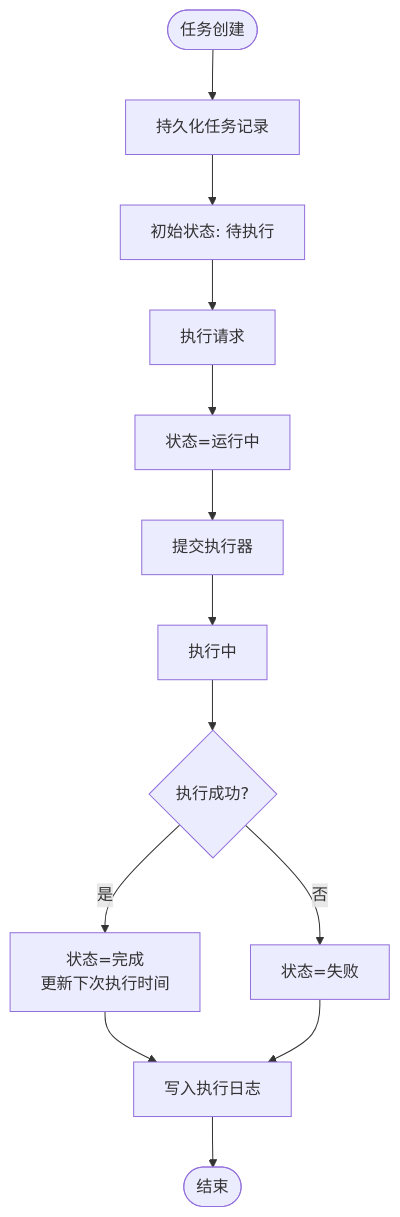
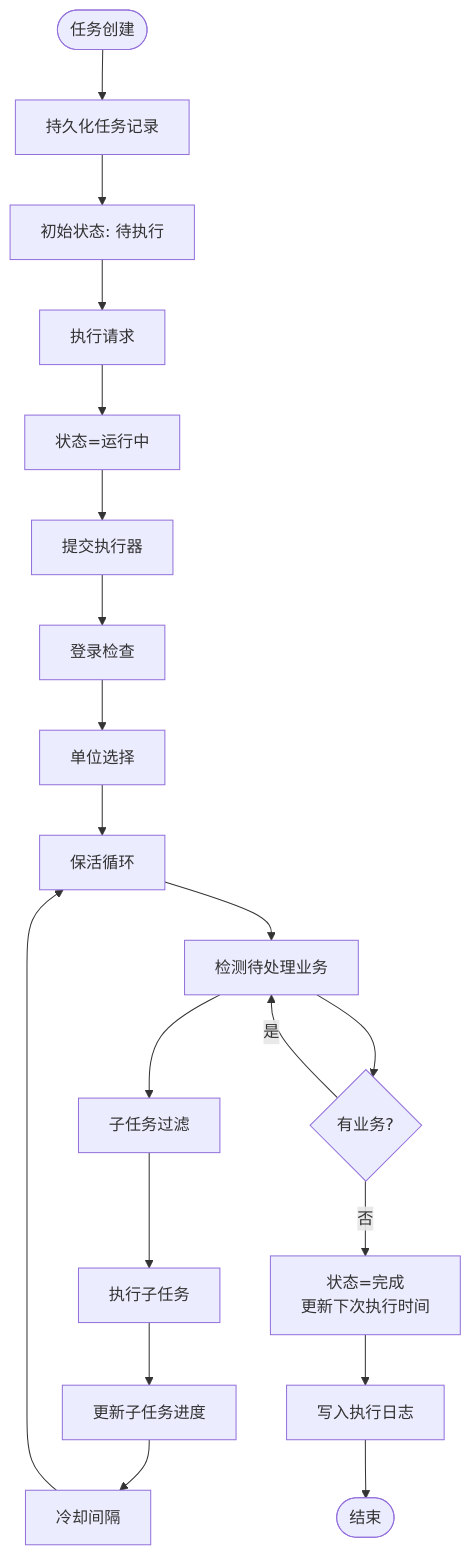
One commit to onebody/ccclubs_AI_RPA changed the third of 10 diagrams in .qoder/repowiki/zh/content/后端服务架构/任务管理系统.md. Above: the diagram before and after it, drawn with Mermaid. The commit also changed other lines of this file and 50 other files, not shown here.

````diff
--- a/.qoder/repowiki/zh/content/后端服务架构/任务管理系统.md
+++ b/.qoder/repowiki/zh/content/后端服务架构/任务管理系统.md
@@ -167,15 +202,22 @@
 ```mermaid
 flowchart TD
 Start(["任务创建"]) --> Save["持久化任务记录"]
 Save --> InitStatus["初始状态: 待执行"]
 InitStatus --> ExecReq["执行请求"]
 ExecReq --> SetRunning["状态=运行中"]
 SetRunning --> SubmitExe["提交执行器"]
-SubmitExe --> Running["执行中"]
-Running --> Success{"执行成功?"}
-Success --> |是| Complete["状态=完成<br/>更新下次执行时间"]
-Success --> |否| Fail["状态=失败"]
+SubmitExe --> LoginCheck["登录检查"]
+LoginCheck --> UnitSelect["单位选择"]
+UnitSelect --> KeepAlive["保活循环"]
+KeepAlive --> BusinessCheck["检测待处理业务"]
+BusinessCheck --> FilterSubTasks["子任务过滤"]
+FilterSubTasks --> ExecuteSubTask["执行子任务"]
+ExecuteSubTask --> UpdateProgress["更新子任务进度"]
+UpdateProgress --> Cooldown["冷却间隔"]
+Cooldown --> KeepAlive
+BusinessCheck --> NoBusiness{"有业务?"}
+NoBusiness --> |否| Complete["状态=完成<br/>更新下次执行时间"]
+NoBusiness --> |是| BusinessCheck
 Complete --> Log["写入执行日志"]
-Fail --> Log
 Log --> End(["结束"])
 ```
````
